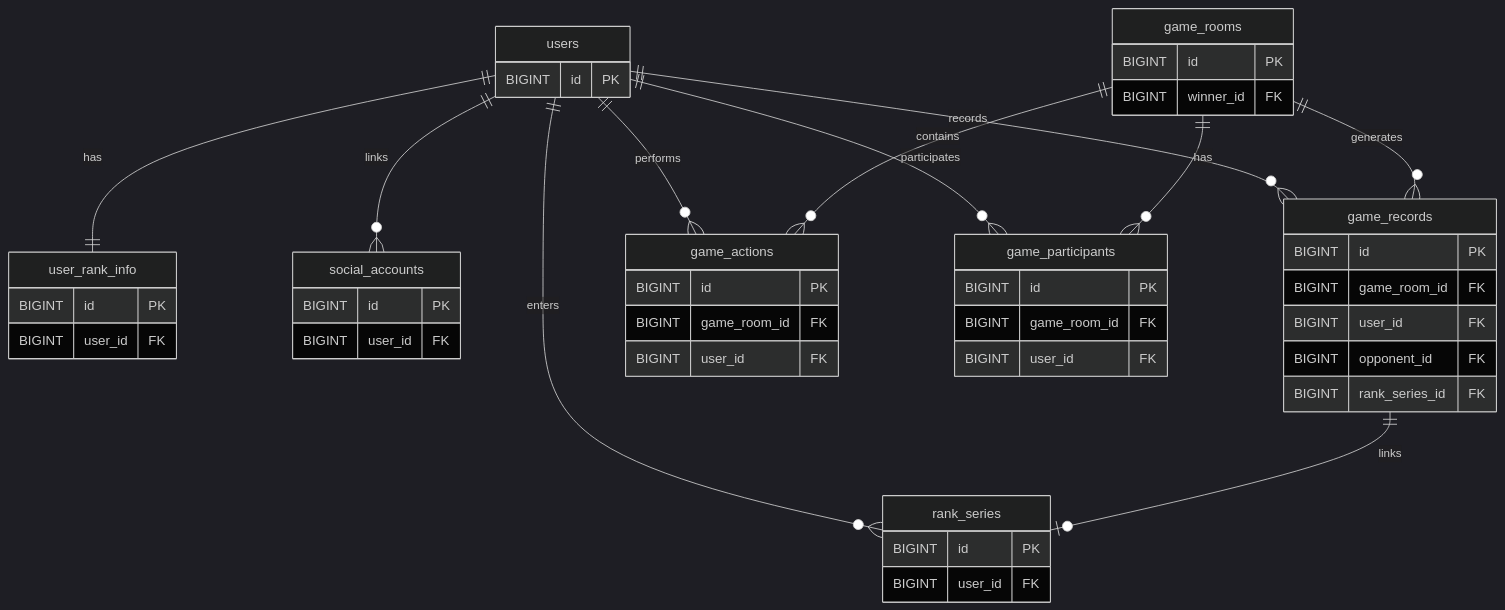
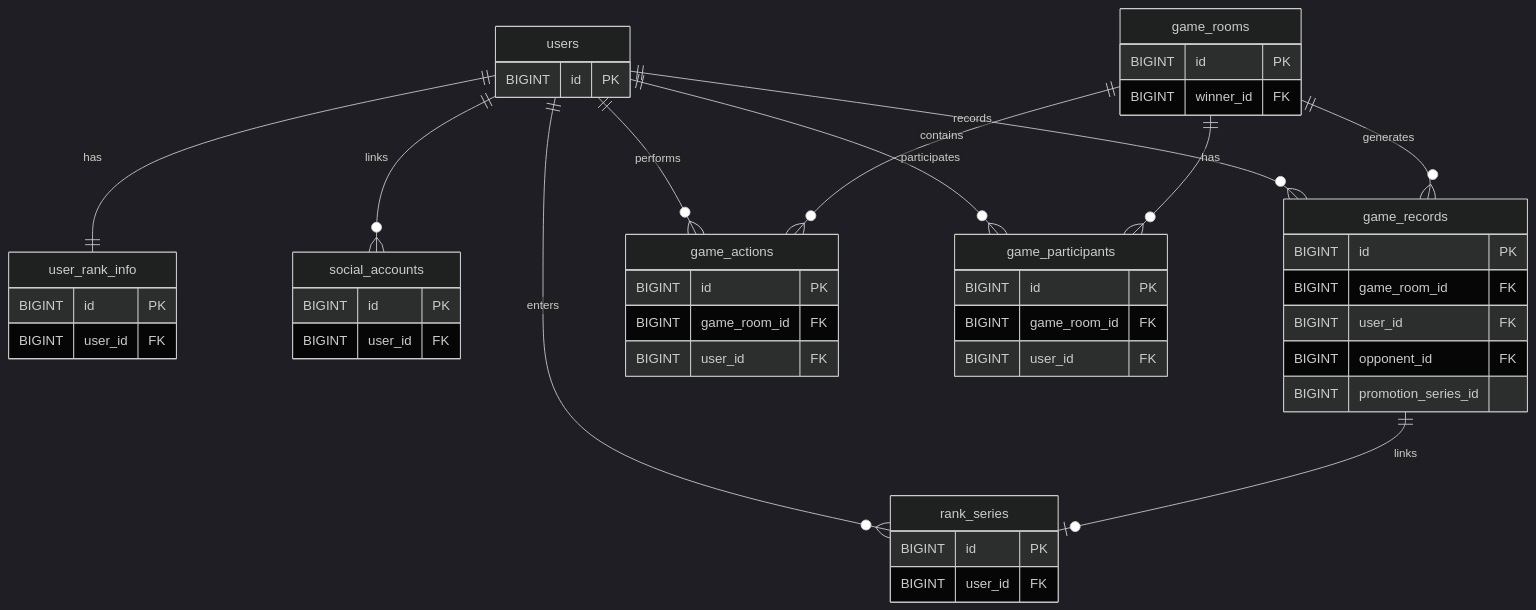
The first of 5 diagrams in docs/DB/DDL.md (moonwhistle/League-of-Star), drawn with Mermaid (dark theme) before and after one commit. The commit also changed other lines of this file and 9 other files, not shown here.

````diff
--- a/docs/DB/DDL.md
+++ b/docs/DB/DDL.md
@@ -7,50 +7,50 @@
 ```mermaid
 erDiagram
     users ||--|| user_rank_info : has
     users ||--o{ social_accounts : links
     users ||--o{ rank_series : enters
     users ||--o{ game_records : records
     users ||--o{ game_actions : performs
     users ||--o{ game_participants : participates
     game_rooms ||--o{ game_participants : has
     game_rooms ||--o{ game_actions : contains
     game_rooms ||--o{ game_records : generates
     game_records ||--o| rank_series : links
 
     users {
         BIGINT id PK
     }
     social_accounts {
         BIGINT id PK
         BIGINT user_id FK
     }
     user_rank_info {
         BIGINT id PK
         BIGINT user_id FK
     }
     rank_series {
         BIGINT id PK
         BIGINT user_id FK
     }
     game_rooms {
         BIGINT id PK
         BIGINT winner_id FK
     }
     game_participants {
         BIGINT id PK
         BIGINT game_room_id FK
         BIGINT user_id FK
     }
     game_actions {
         BIGINT id PK
         BIGINT game_room_id FK
         BIGINT user_id FK
     }
     game_records {
         BIGINT id PK
         BIGINT game_room_id FK
         BIGINT user_id FK
         BIGINT opponent_id FK
-        BIGINT rank_series_id FK
+        BIGINT promotion_series_id
     }
 ```
````
